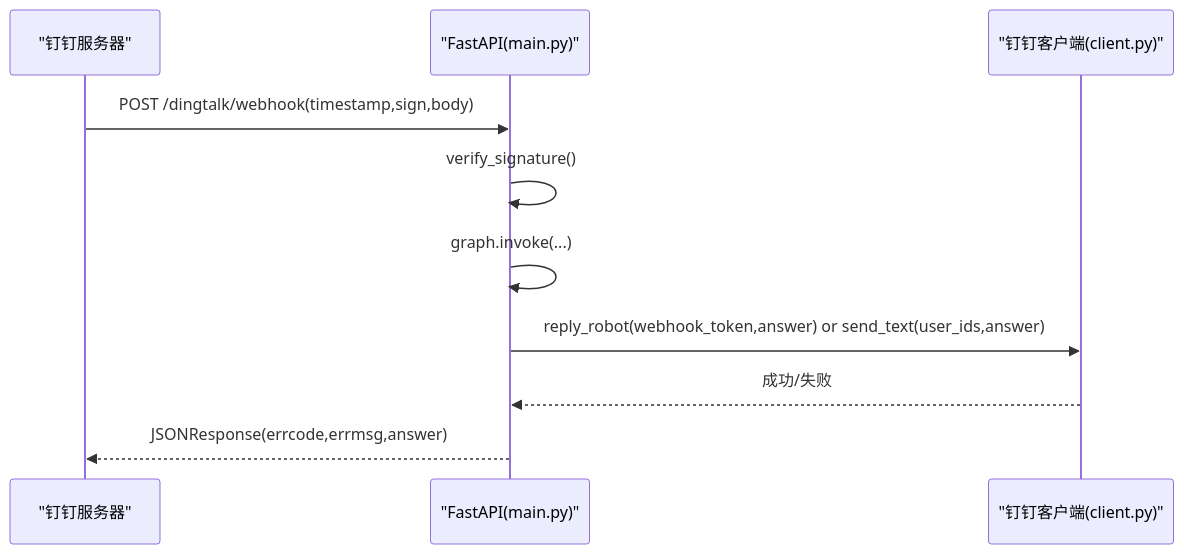
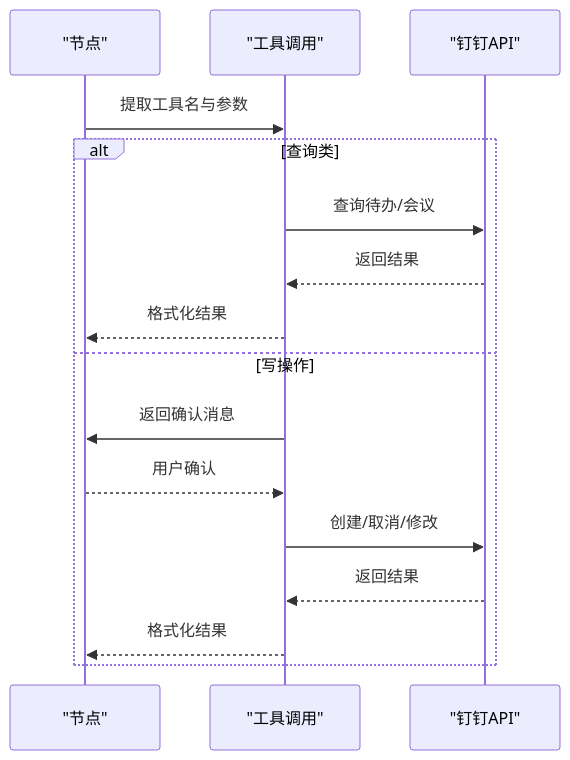
Before and after one commit to Cecil09312/DingDingAIAssistant: the sixth of 7 diagrams in .qoder/repowiki/zh/content/项目概述.md, drawn with Mermaid. The commit also changed other lines of this file and 81 other files, not shown here.

````diff
--- a/.qoder/repowiki/zh/content/项目概述.md
+++ b/.qoder/repowiki/zh/content/项目概述.md
@@ -298,12 +239,18 @@
 ```mermaid
 sequenceDiagram
-participant DT as "钉钉服务器"
-participant F as "FastAPI(main.py)"
-participant C as "钉钉客户端(client.py)"
-DT->>F : POST /dingtalk/webhook(timestamp,sign,body)
-F->>F : verify_signature()
-F->>F : graph.invoke(...)
-F->>C : reply_robot(webhook_token,answer) or send_text(user_ids,answer)
-C-->>F : 成功/失败
-F-->>DT : JSONResponse(errcode,errmsg,answer)
+participant N as "节点"
+participant T as "工具调用"
+participant D as "钉钉API"
+N->>T : 提取工具名与参数
+alt 查询类
+T->>D : 查询待办/会议
+D-->>T : 返回结果
+T-->>N : 格式化结果
+else 写操作
+T->>N : 返回确认消息
+N-->>T : 用户确认
+T->>D : 创建/取消/修改
+D-->>T : 返回结果
+T-->>N : 格式化结果
+end
 ```
````
